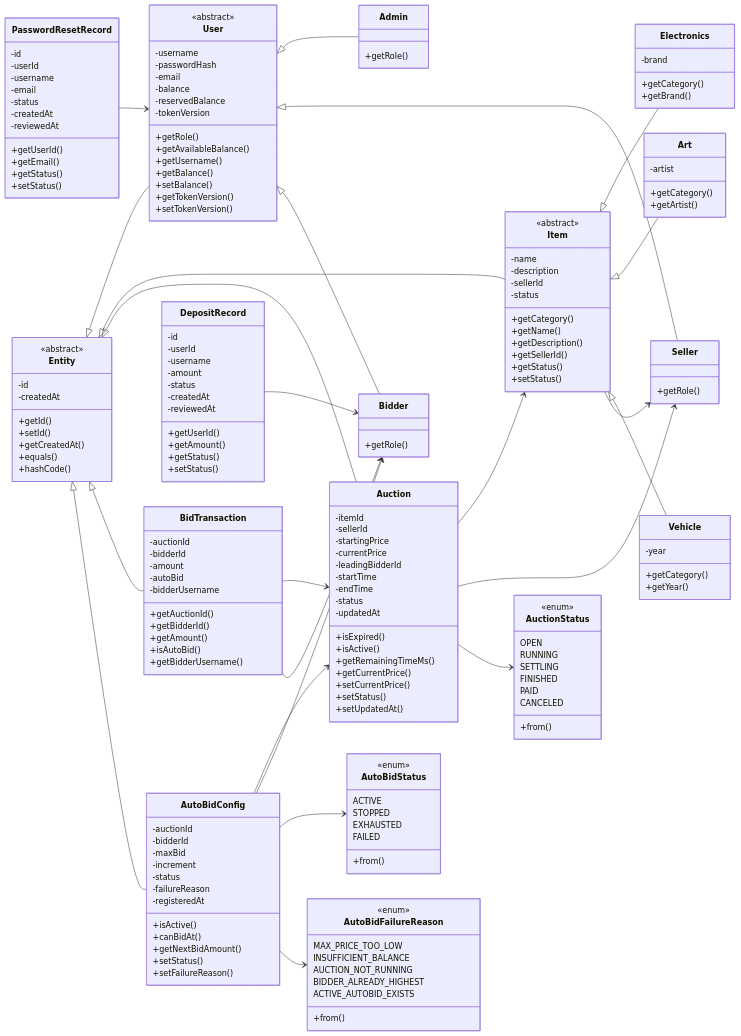
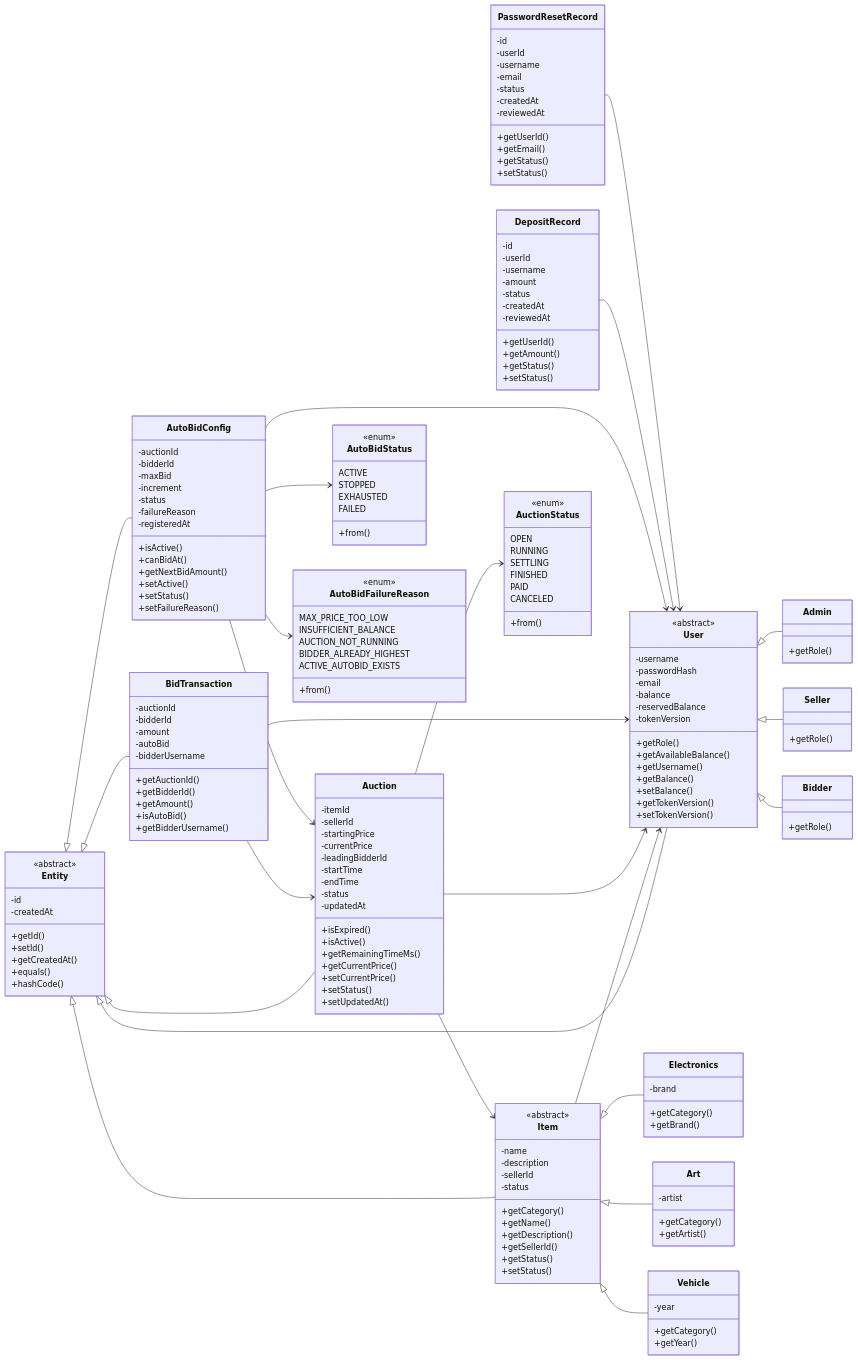
One commit to kieran-lucas/oop-course-project-uet changed the fourth of 7 diagrams in README.md. Above: the diagram before and after it, drawn with Mermaid. The commit also changed other lines of this file, not shown here.

Commit message:
docs: align UML fields and relations with source audit

````diff
--- a/README.md
+++ b/README.md
@@ -839,6 +842,7 @@
         +isActive()
         +canBidAt()
         +getNextBidAmount()
+        +setActive()
         +setStatus()
         +setFailureReason()
     }
@@ -912,16 +916,16 @@
     Entity <|-- Auction
     Entity <|-- BidTransaction
     Entity <|-- AutoBidConfig
-    Item --> Seller
+    Item --> User
     Auction --> Item
-    Auction --> Seller
+    Auction --> User
     Auction --> AuctionStatus
     BidTransaction --> Auction
-    BidTransaction --> Bidder
+    BidTransaction --> User
     AutoBidConfig --> Auction
-    AutoBidConfig --> Bidder
+    AutoBidConfig --> User
     AutoBidConfig --> AutoBidStatus
     AutoBidConfig --> AutoBidFailureReason
-    DepositRecord --> Bidder
+    DepositRecord --> User
     PasswordResetRecord --> User
 ```
````
